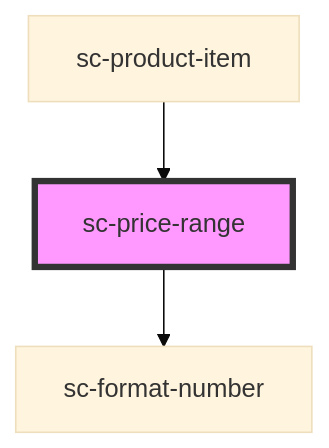
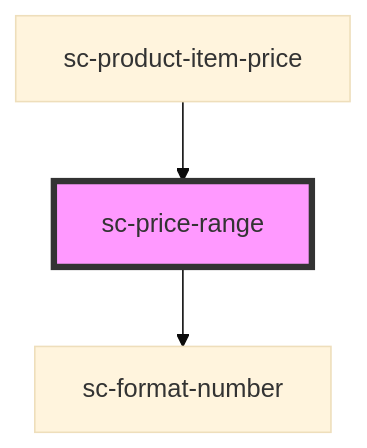
Before and after one commit to surecart/surecart-wp-plugin: the diagram in packages/components/src/components/ui/sc-price-range/readme.md, drawn with Mermaid (base theme). The commit also changed other lines of this file and 15 other files, not shown here.

````diff
--- a/packages/components/src/components/ui/sc-price-range/readme.md
+++ b/packages/components/src/components/ui/sc-price-range/readme.md
@@ -26,6 +26,6 @@
 ```mermaid
 graph TD;
   sc-price-range --> sc-format-number
-  sc-product-item --> sc-price-range
+  sc-product-item-price --> sc-price-range
   style sc-price-range fill:#f9f,stroke:#333,stroke-width:4px
 ```
````
